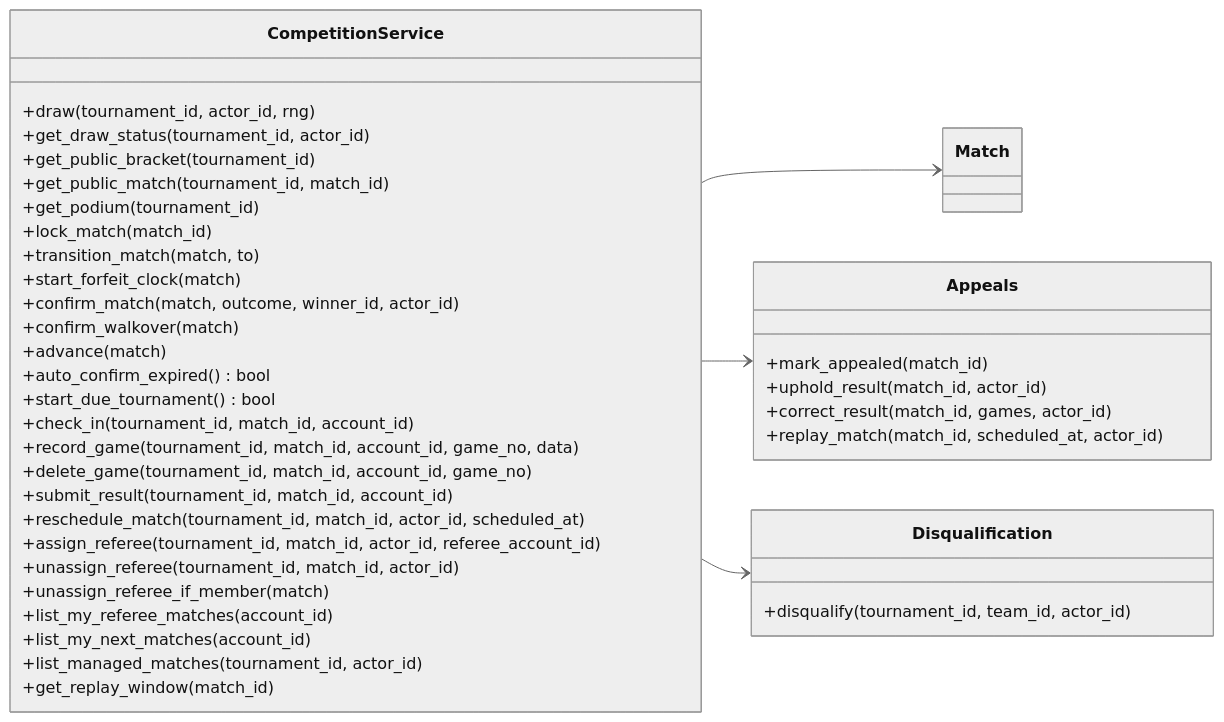
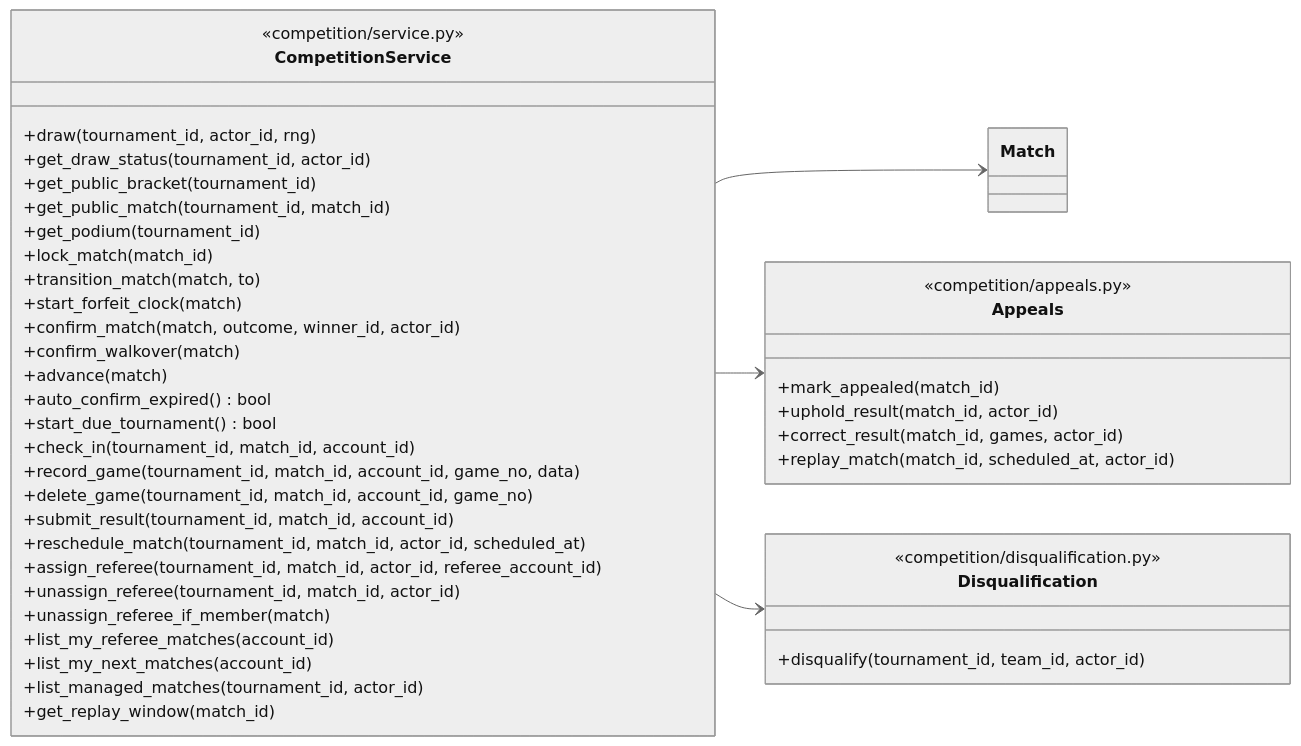
Diagram 11 of 15 in docs/midterm/D-物件設計文件.md (Team14good/esport-platform), drawn with Mermaid (neutral theme) before and after one commit. The commit also changed other lines of this file and 27 other files, not shown here.

First line of the commit message:
docs: B、C、D 其餘的圖全部對照程式標註

````diff
--- a/docs/midterm/D-物件設計文件.md
+++ b/docs/midterm/D-物件設計文件.md
@@ -556,44 +585,47 @@
 ```mermaid
 classDiagram
   direction LR
   class Match
   class CompetitionService {
+    <<competition/service.py>>
     +draw(tournament_id, actor_id, rng)
     +get_draw_status(tournament_id, actor_id)
     +get_public_bracket(tournament_id)
     +get_public_match(tournament_id, match_id)
     +get_podium(tournament_id)
     +lock_match(match_id)
     +transition_match(match, to)
     +start_forfeit_clock(match)
     +confirm_match(match, outcome, winner_id, actor_id)
     +confirm_walkover(match)
     +advance(match)
     +auto_confirm_expired() bool
     +start_due_tournament() bool
     +check_in(tournament_id, match_id, account_id)
     +record_game(tournament_id, match_id, account_id, game_no, data)
     +delete_game(tournament_id, match_id, account_id, game_no)
     +submit_result(tournament_id, match_id, account_id)
     +reschedule_match(tournament_id, match_id, actor_id, scheduled_at)
     +assign_referee(tournament_id, match_id, actor_id, referee_account_id)
     +unassign_referee(tournament_id, match_id, actor_id)
     +unassign_referee_if_member(match)
     +list_my_referee_matches(account_id)
     +list_my_next_matches(account_id)
     +list_managed_matches(tournament_id, actor_id)
     +get_replay_window(match_id)
   }
   class Appeals {
+    <<competition/appeals.py>>
     +mark_appealed(match_id)
     +uphold_result(match_id, actor_id)
     +correct_result(match_id, games, actor_id)
     +replay_match(match_id, scheduled_at, actor_id)
   }
   class Disqualification {
+    <<competition/disqualification.py>>
     +disqualify(tournament_id, team_id, actor_id)
   }
   CompetitionService --> Match
   CompetitionService --> Appeals
   CompetitionService --> Disqualification
 ```
````
